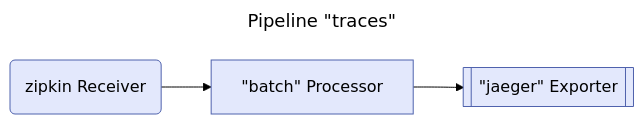
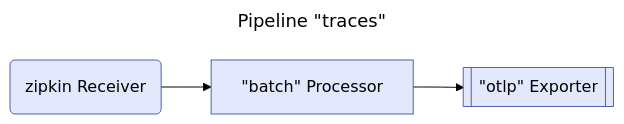
Before and after one commit to open-telemetry/opentelemetry.io: the fourth of 7 diagrams in content/en/docs/collector/architecture.md, drawn with Mermaid (forest theme). The commit also changed other lines of this file, not shown here.

Commit message:
Change mentions of jaeger exporter to otlp

````diff
--- a/content/en/docs/collector/architecture.md
+++ b/content/en/docs/collector/architecture.md
@@ -251,10 +251,10 @@
 ```mermaid
 ---
 title: Pipeline "traces"
 ---
 flowchart LR
     R1("`zipkin Receiver`") --> P1["`#quot;batch#quot; Processor`"]
-    P1 --> E1[["`#quot;jaeger#quot; Exporter`"]]
+    P1 --> E1[["`#quot;otlp#quot; Exporter`"]]
 
     classDef default fill:#e3e8fc,stroke:#4f62ad;
 ```
````
